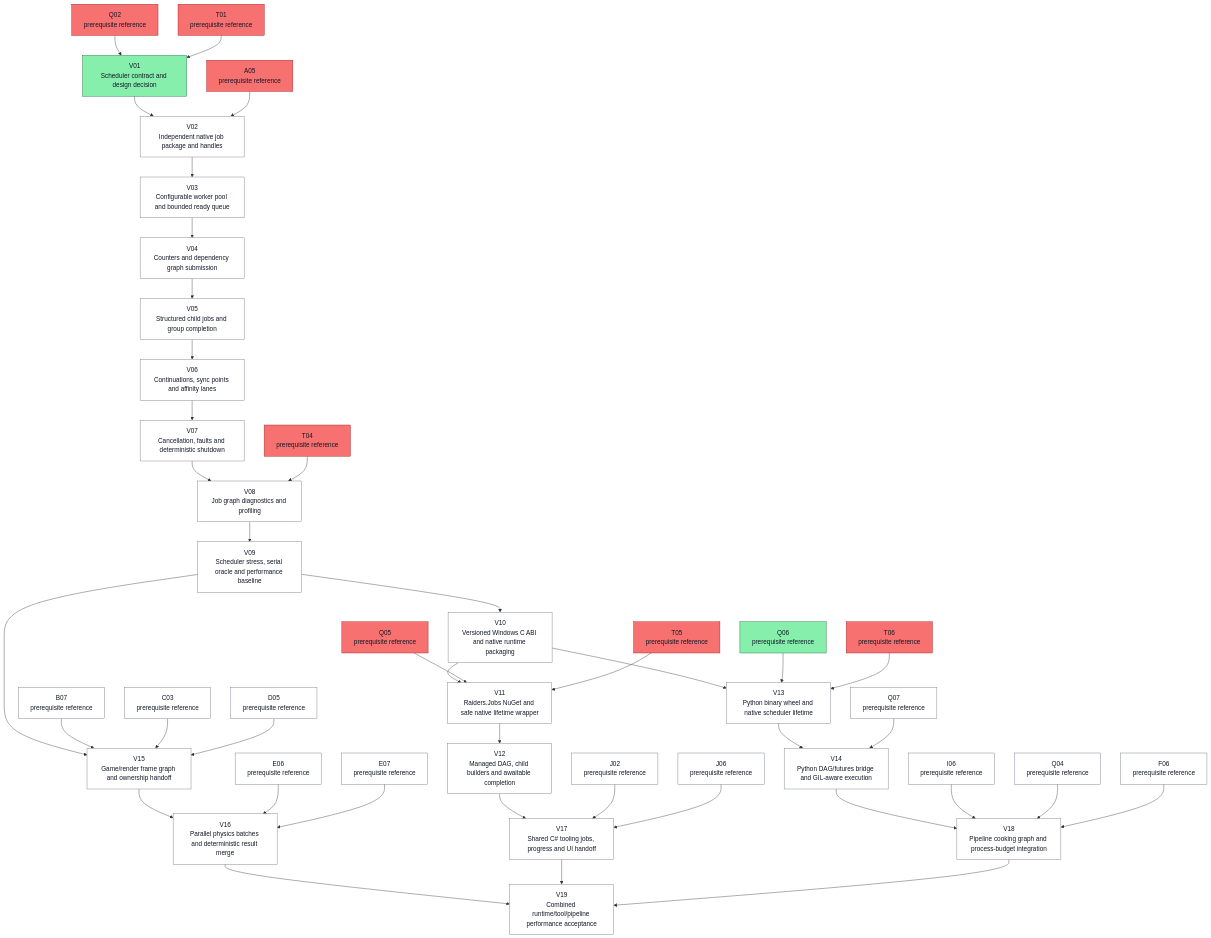
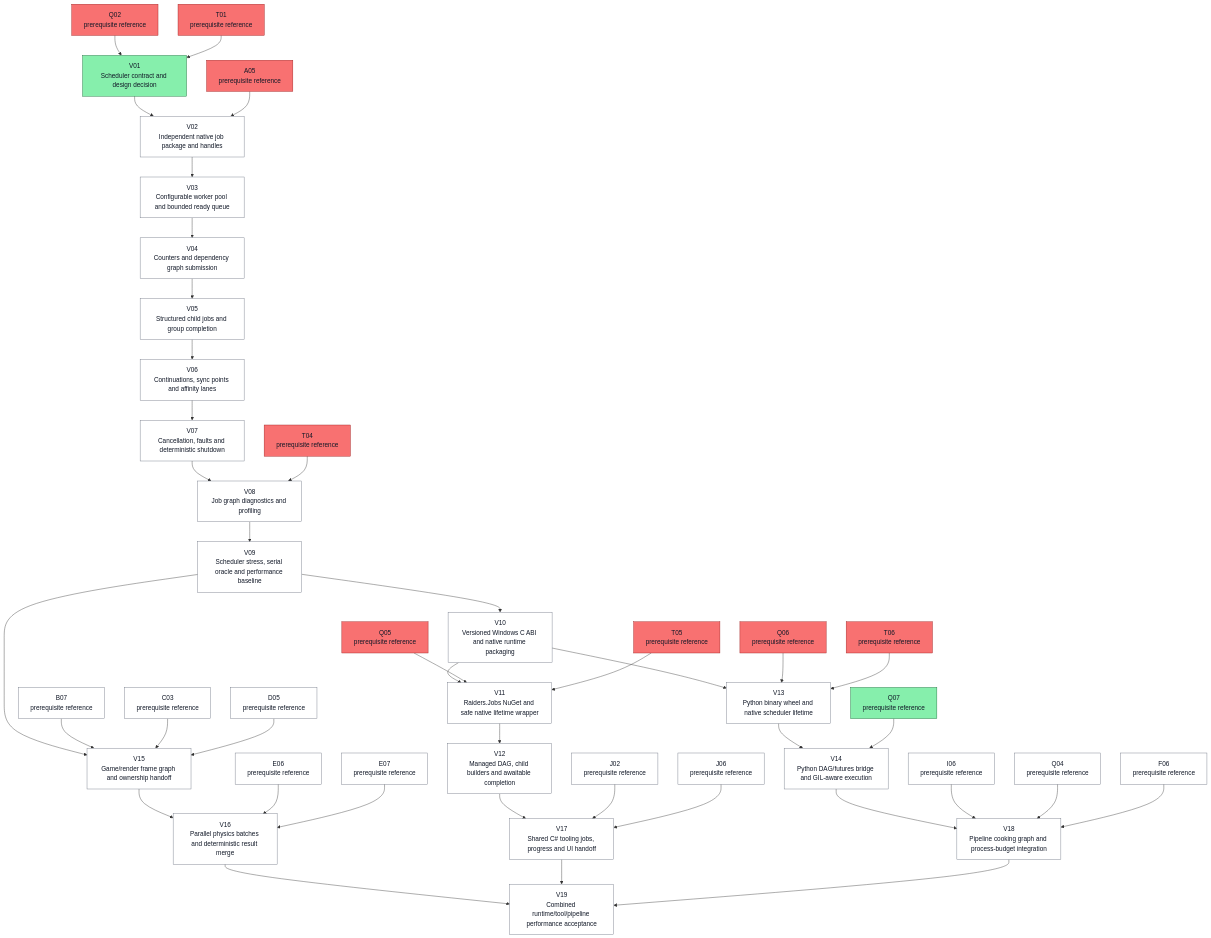
Before and after one commit to ocarizr/spaceraiders: diagram 22 of 25 in docs/task-dependencies.md, drawn with Mermaid. The commit also changed other lines of this file and 9 other files, not shown here.

```diff
--- a/docs/task-dependencies.md
+++ b/docs/task-dependencies.md
@@ -1111,8 +1112,8 @@
     ref_V_Q02["Q02<br/>prerequisite reference"]:::done
     ref_V_Q04["Q04<br/>prerequisite reference"]:::pending
     ref_V_Q05["Q05<br/>prerequisite reference"]:::done
-    ref_V_Q06["Q06<br/>prerequisite reference"]:::ready
-    ref_V_Q07["Q07<br/>prerequisite reference"]:::pending
+    ref_V_Q06["Q06<br/>prerequisite reference"]:::done
+    ref_V_Q07["Q07<br/>prerequisite reference"]:::ready
     ref_V_T01["T01<br/>prerequisite reference"]:::done
     ref_V_T04["T04<br/>prerequisite reference"]:::done
     ref_V_T05["T05<br/>prerequisite reference"]:::done
```
